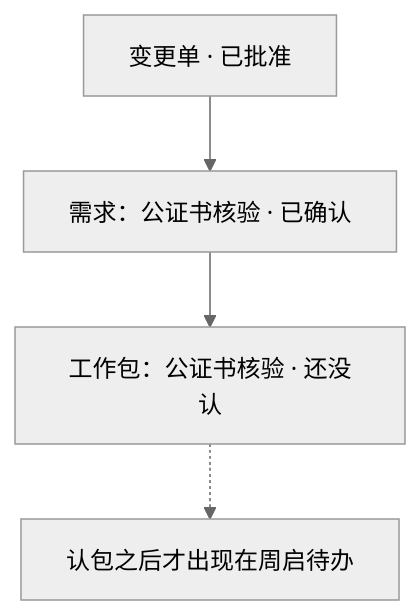
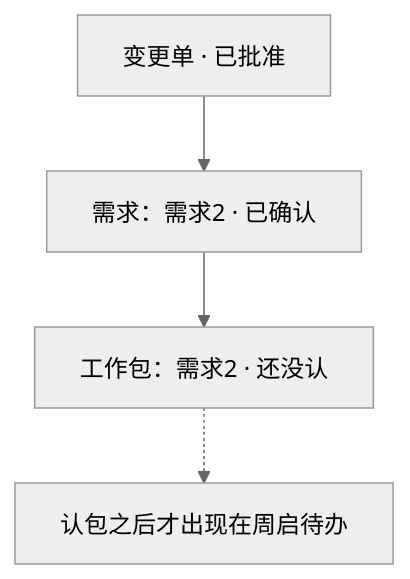
Before and after one commit to qiusuo0226/chrono-pm-skill: the third of 3 diagrams in examples/13-改需求和范围.md, drawn with Mermaid (neutral theme). The commit also changed other lines of this file and 16 other files, not shown here.

````diff
--- a/examples/13-改需求和范围.md
+++ b/examples/13-改需求和范围.md
@@ -94,6 +94,6 @@
 ```mermaid
 flowchart TB
-    CR["变更单 · 已批准"] --> REQ["需求：公证书核验 · 已确认"]
-    REQ --> WP["工作包：公证书核验 · 还没认"]
+    CR["变更单 · 已批准"] --> REQ["需求：需求2 · 已确认"]
+    REQ --> WP["工作包：需求2 · 还没认"]
     WP -.-> TD["认包之后才出现在周启待办"]
 ```
````
